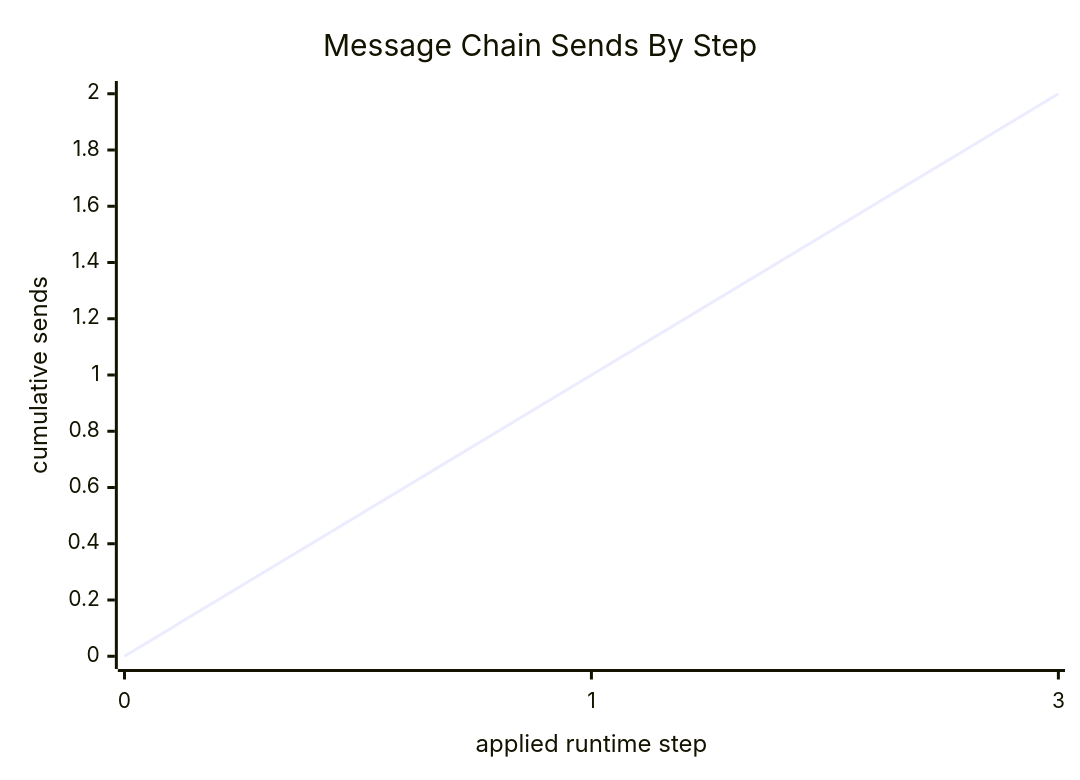
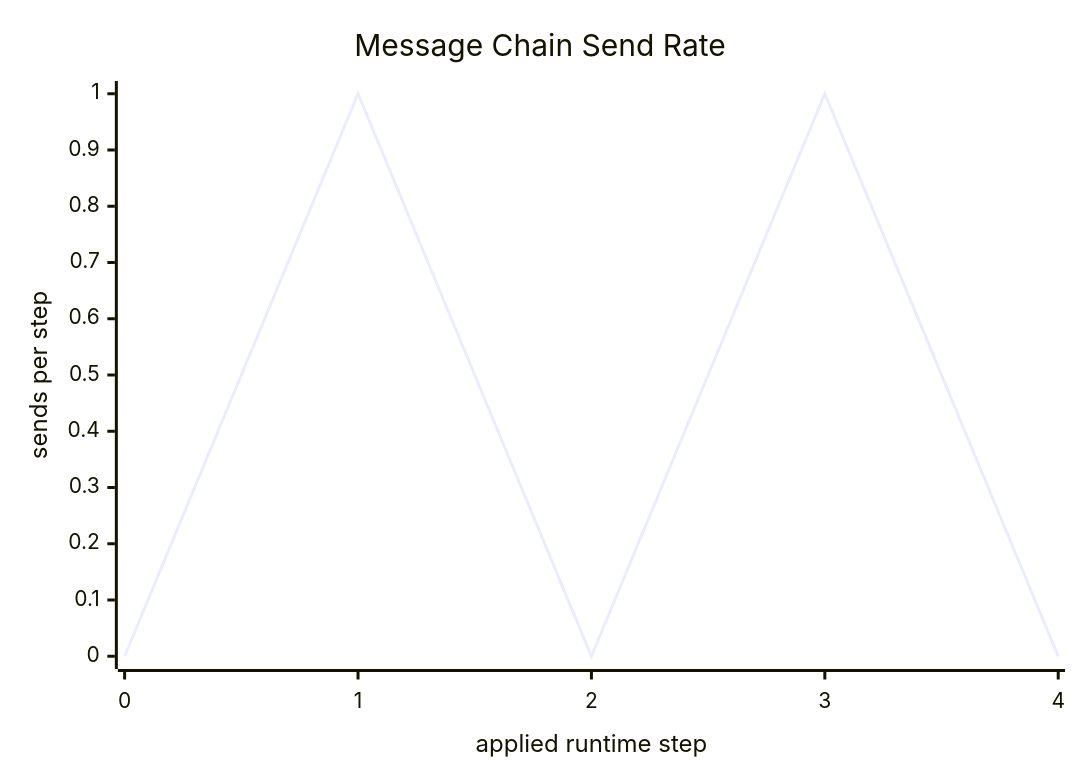
One commit to rfielding/go-ctl2 changed the seventh of 33 diagrams in docs/build/ir.generated.md. Above: the diagram before and after it, drawn with Mermaid. The commit also changed other lines of this file and 4 other files, not shown here.

````diff
--- a/docs/build/ir.generated.md
+++ b/docs/build/ir.generated.md
@@ -825,7 +827,7 @@
 ```mermaid
 xychart-beta
-    title "Message Chain Sends By Step"
-    x-axis "applied runtime step" [0, 1, 3]
-    y-axis "cumulative sends" 0 --> 2
-    line [0, 1, 2]
+    title "Message Chain Send Rate"
+    x-axis "applied runtime step" [0, 1, 2, 3, 4]
+    y-axis "sends per step" 0 --> 1
+    line [0, 1, 0, 1, 0]
 ```
````
